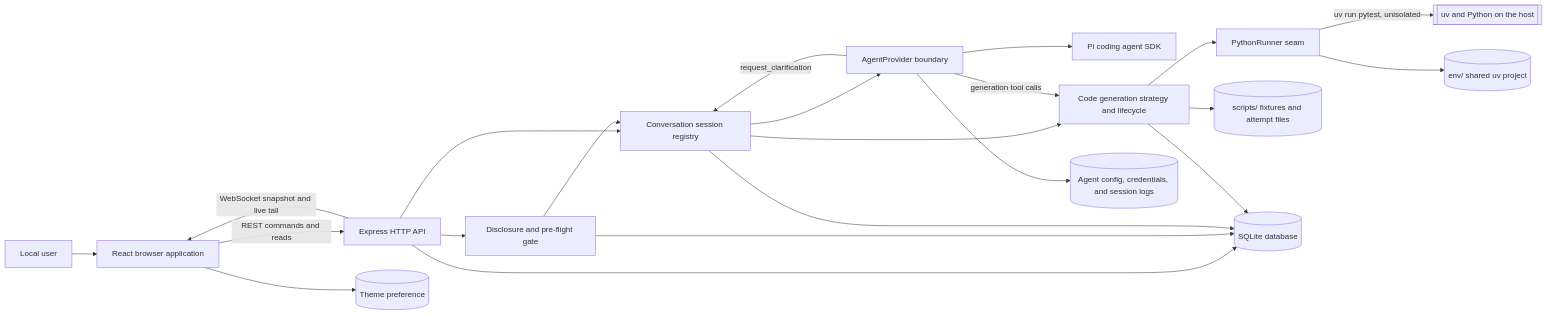
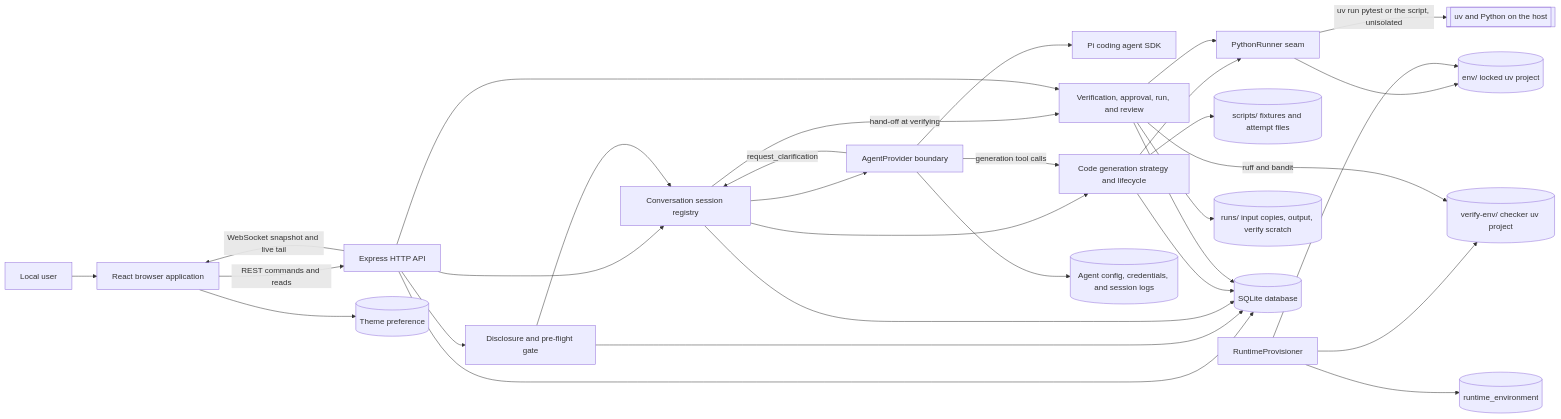
One commit to abranjith/auto-mate changed the first of 8 diagrams in docs/architecture.md. Above: the diagram before and after it, drawn with Mermaid. The commit also changed other lines of this file and 186 other files, not shown here.

Commit message:
independent verification & execution gate + python runtime

````diff
--- a/docs/architecture.md
+++ b/docs/architecture.md
@@ -15,24 +19,33 @@
 ```mermaid
 flowchart LR
   User[Local user] --> Browser[React browser application]
   Browser -->|REST commands and reads| Api[Express HTTP API]
   Api -->|WebSocket snapshot and live tail| Browser
   Api --> Gate[Disclosure and pre-flight gate]
   Api --> Sessions[Conversation session registry]
   Gate --> Sessions
   Sessions --> Provider[AgentProvider boundary]
   Provider --> Pi[Pi coding agent SDK]
   Provider -->|request_clarification| Sessions
   Sessions --> Generation[Code generation strategy and lifecycle]
   Provider -->|generation tool calls| Generation
   Generation --> Runner[PythonRunner seam]
-  Runner -->|uv run pytest, unisolated| Python[[uv and Python on the host]]
+  Runner -->|uv run pytest or the script, unisolated| Python[[uv and Python on the host]]
   Generation --> Scripts[("scripts/ fixtures and attempt files")]
-  Runner --> Env[("env/ shared uv project")]
+  Runner --> Env[("env/ locked uv project")]
+  Runtime[RuntimeProvisioner] --> Env
+  Runtime --> Checkers
+  Runtime --> RuntimeRows[(runtime_environment)]
+  Sessions -->|hand-off at verifying| Verification[Verification, approval, run, and review]
+  Api --> Verification
+  Verification --> Runner
+  Verification -->|ruff and bandit| Checkers[("verify-env/ checker uv project")]
+  Verification --> Runs[("runs/ input copies, output, verify scratch")]
   Api --> Db[(SQLite database)]
   Gate --> Db
   Sessions --> Db
   Generation --> Db
+  Verification --> Db
   Provider --> Files[(Agent config, credentials, and session logs)]
   Browser --> LocalStorage[(Theme preference)]
 ```
````
